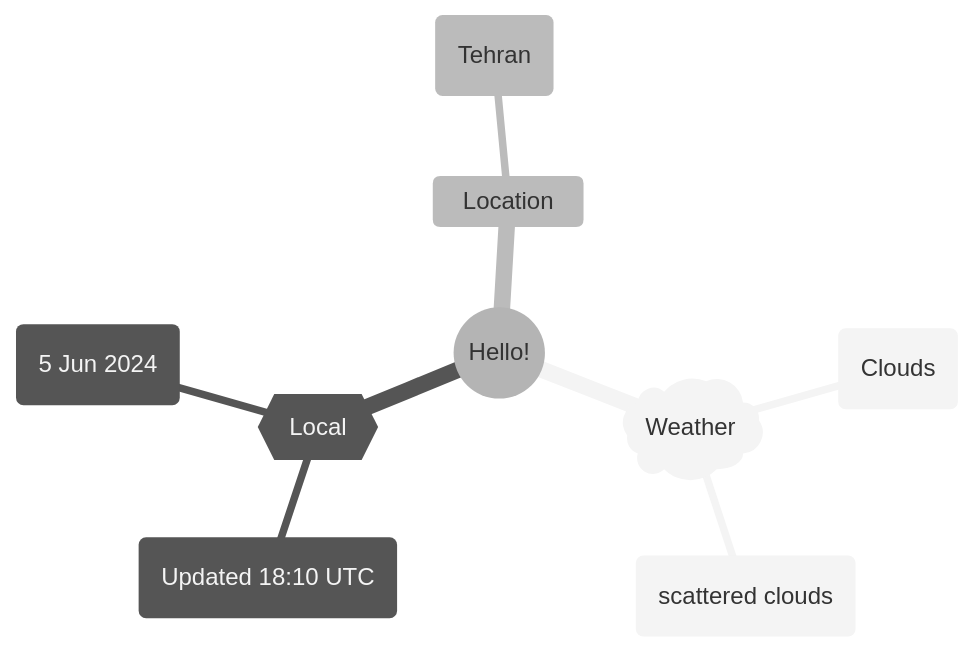
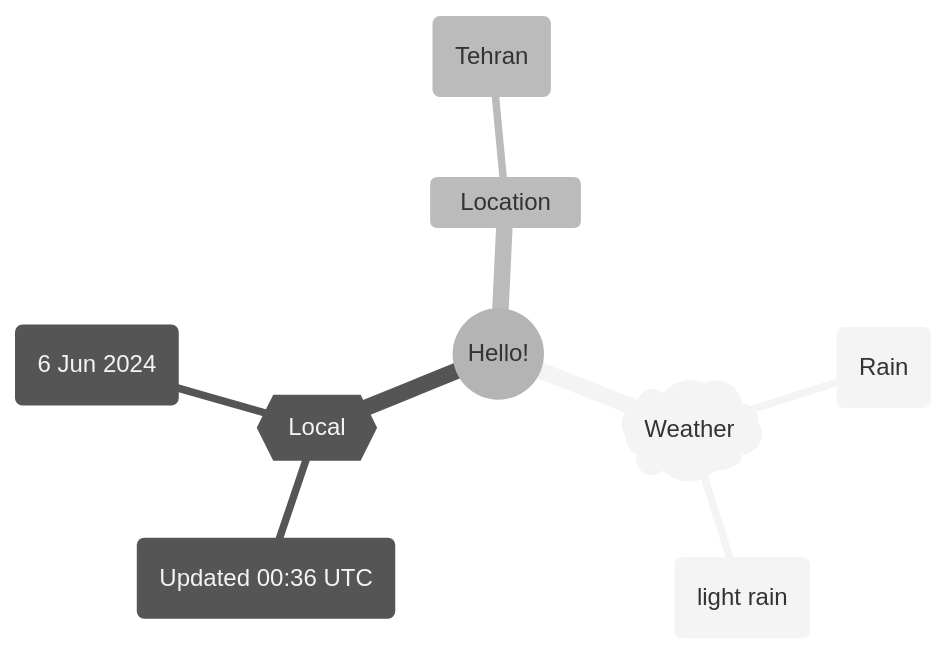
Before and after one commit to Xosrov/Xosrov: the first of 2 diagrams in README.md, drawn with Mermaid (neutral theme).

Commit message:
[bot] updated images

````diff
--- a/README.md
+++ b/README.md
@@ -3,12 +3,12 @@
 ```mermaid
 mindmap
   root((Hello!))
     )Weather(
-        (Clouds)
-        (scattered clouds)
+        (Rain)
+        (light rain)
     {{Local}}
-        (Updated 18:10 UTC)
-        (5 Jun 2024)
+        (Updated 00:36 UTC)
+        (6 Jun 2024)
     Location
         (Tehran)
 ```
````
